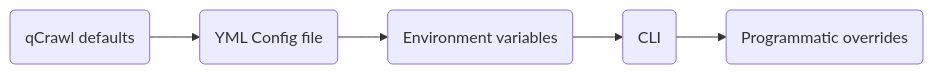
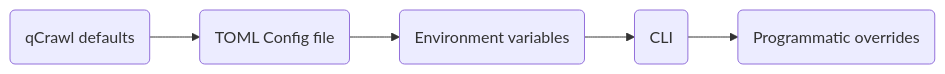
The diagram in docs/concepts/cli.md (vasiliyk/qcrawl), drawn with Mermaid before and after one commit. The commit also changed other lines of this file, not shown here.

Commit message:
Site: cli docs updated

````diff
--- a/docs/concepts/cli.md
+++ b/docs/concepts/cli.md
@@ -11,4 +9,4 @@
 ``` mermaid
 flowchart LR
-    A(qCrawl defaults) --> B(YML Config file) --> C(Environment variables) --> D(CLI) --> E(Programmatic overrides)
+    A(qCrawl defaults) --> B(TOML Config file) --> C(Environment variables) --> D(CLI) --> E(Programmatic overrides)
 ```
````
